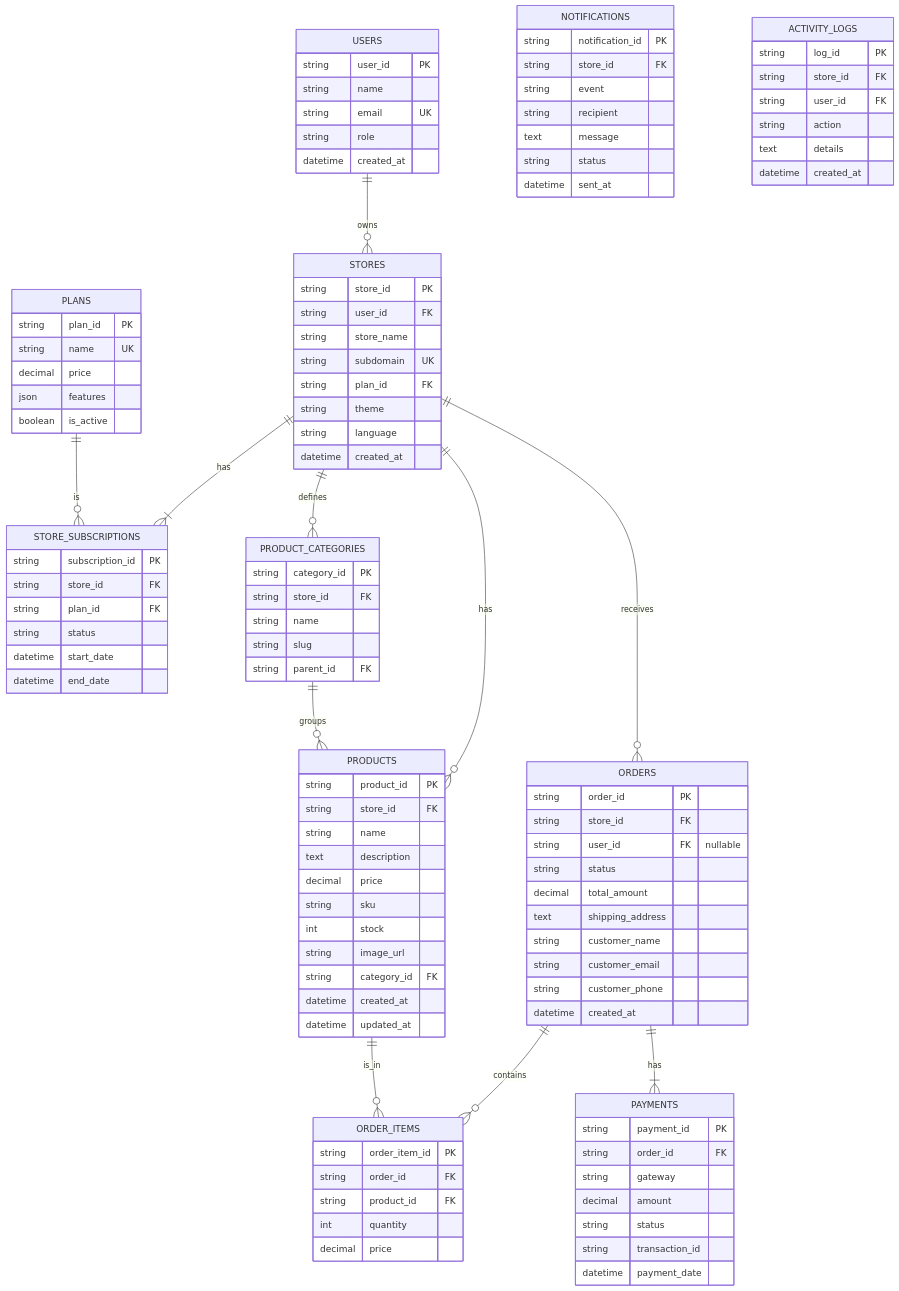
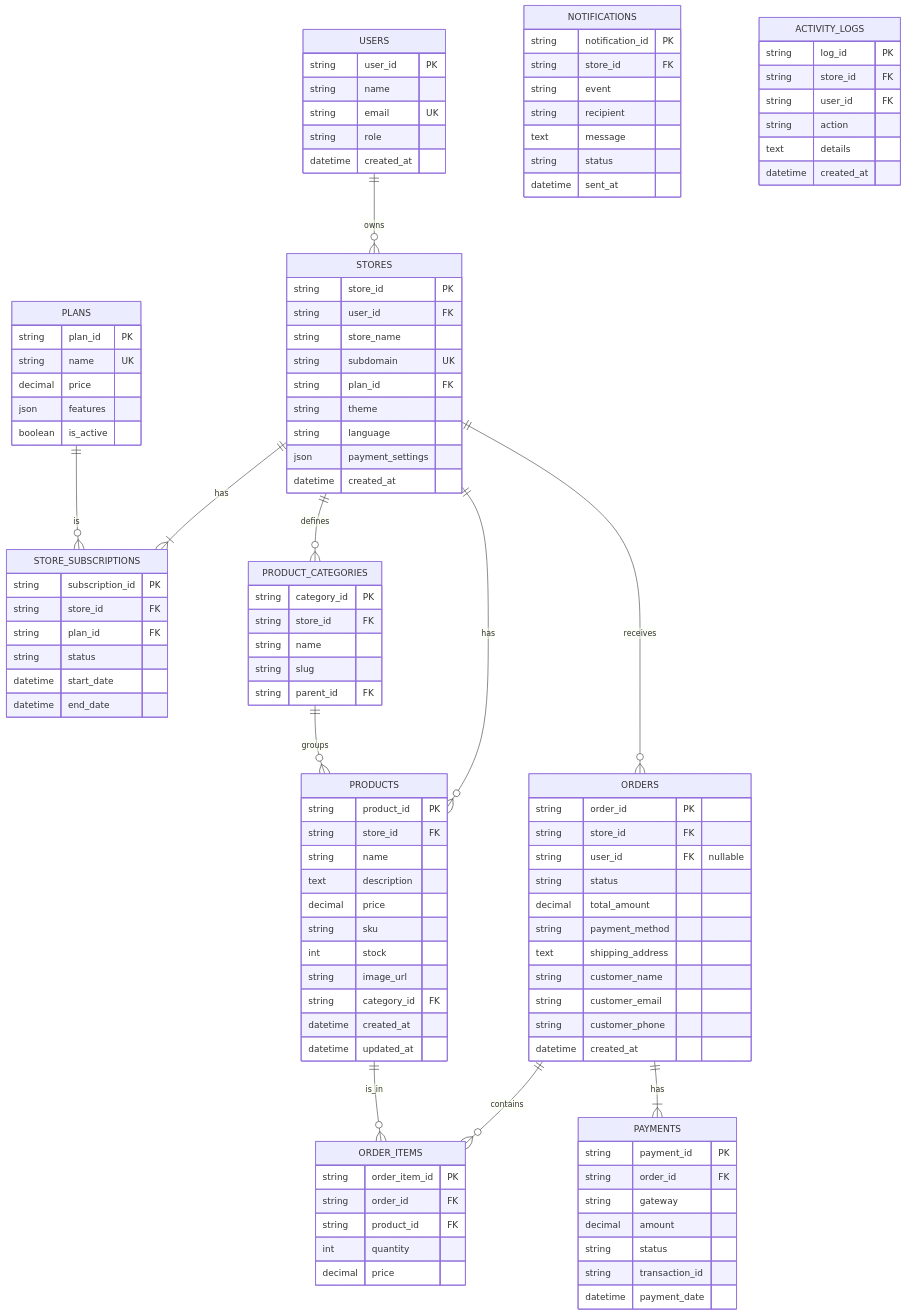
Before and after one commit to rescue-nerd/nexus-cart-studio: the diagram in HANDOFF.md, drawn with Mermaid. The commit also changed other lines of this file, not shown here.

```diff
--- a/HANDOFF.md
+++ b/HANDOFF.md
@@ -36,6 +36,7 @@
         string plan_id FK
         string theme
         string language
+        json payment_settings
         datetime created_at
     }
 
@@ -84,6 +85,7 @@
         string user_id FK "nullable"
         string status
         decimal total_amount
+        string payment_method
         text shipping_address
         string customer_name
         string customer_email
```
